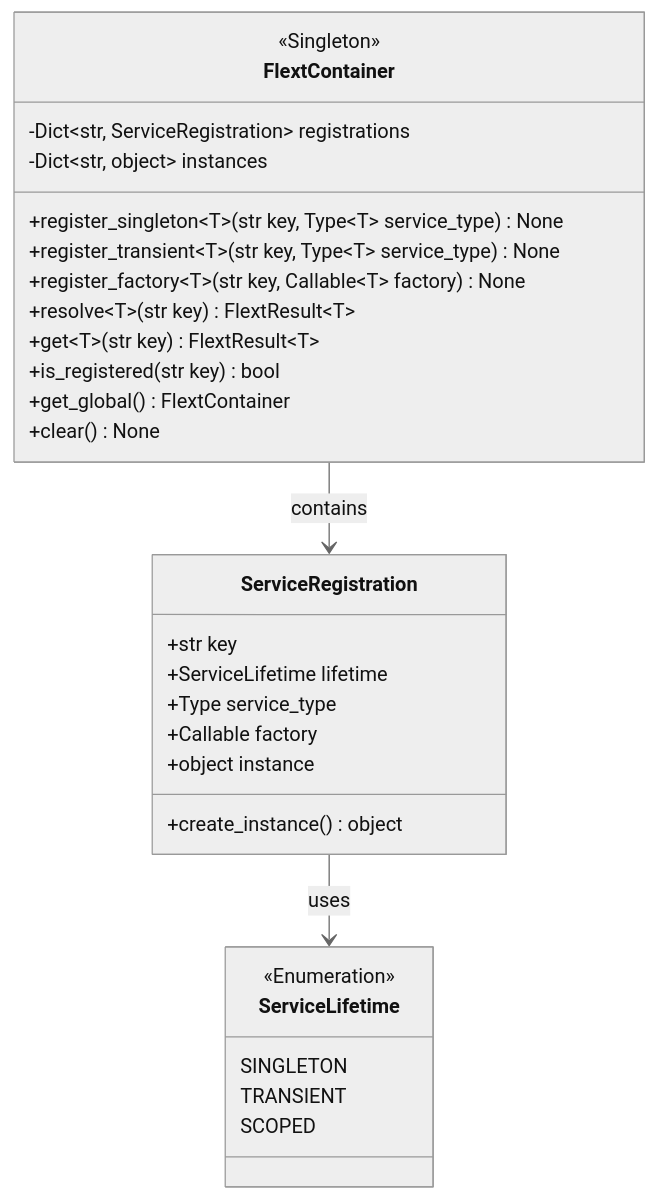
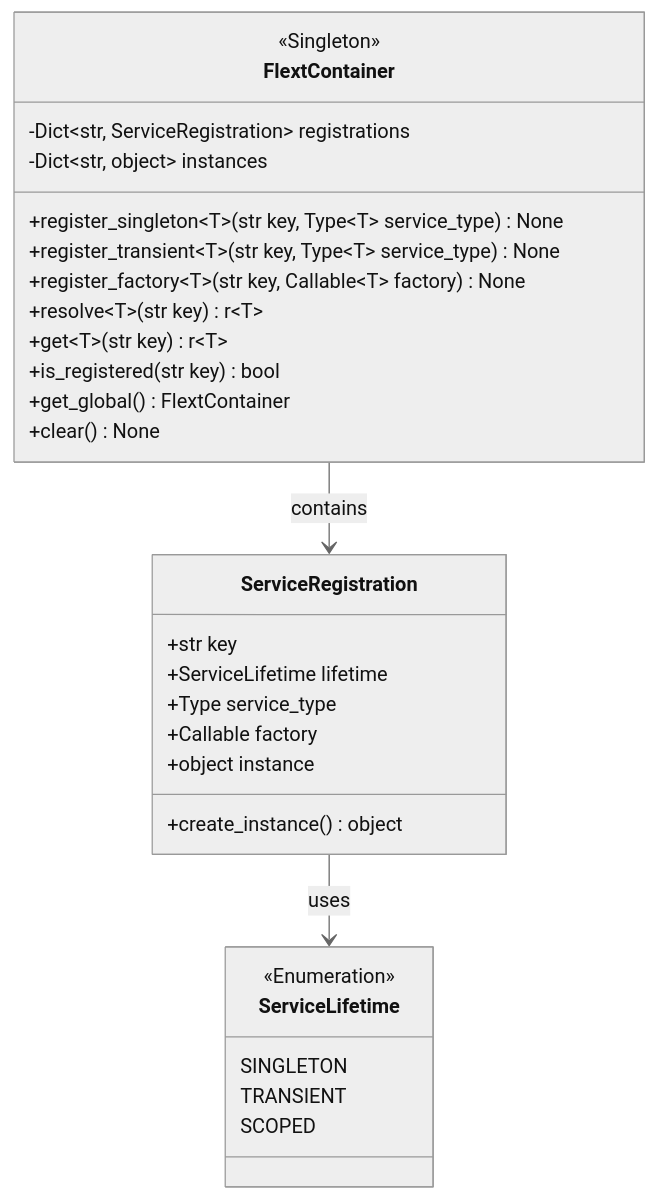
The second of 10 diagrams in docs/architecture/c4-model/code-diagrams.md (flext-sh/flext), drawn with Mermaid (neutral theme) before and after one commit. The commit also changed other lines of this file and 35 other files, not shown here.

````diff
--- a/docs/architecture/c4-model/code-diagrams.md
+++ b/docs/architecture/c4-model/code-diagrams.md
@@ -94,35 +94,35 @@
 ```mermaid
 classDiagram
     class FlextContainer {
         <<Singleton>>
         -Dict~str, ServiceRegistration~ registrations
         -Dict~str, object~ instances
         +register_singleton~T~(str key, Type~T~ service_type) None
         +register_transient~T~(str key, Type~T~ service_type) None
         +register_factory~T~(str key, Callable~T~ factory) None
-        +resolve~T~(str key) FlextResult~T~
-        +get~T~(str key) FlextResult~T~
+        +resolve~T~(str key) r~T~
+        +get~T~(str key) r~T~
         +is_registered(str key) bool
         +get_global() FlextContainer
         +clear() None
     }
 
     class ServiceRegistration {
         +str key
         +ServiceLifetime lifetime
         +Type service_type
         +Callable factory
         +object instance
         +create_instance() object
     }
 
     class ServiceLifetime {
         <<Enumeration>>
         SINGLETON
         TRANSIENT
         SCOPED
     }
 
     FlextContainer --> ServiceRegistration : contains
     ServiceRegistration --> ServiceLifetime : uses
 ```
````
